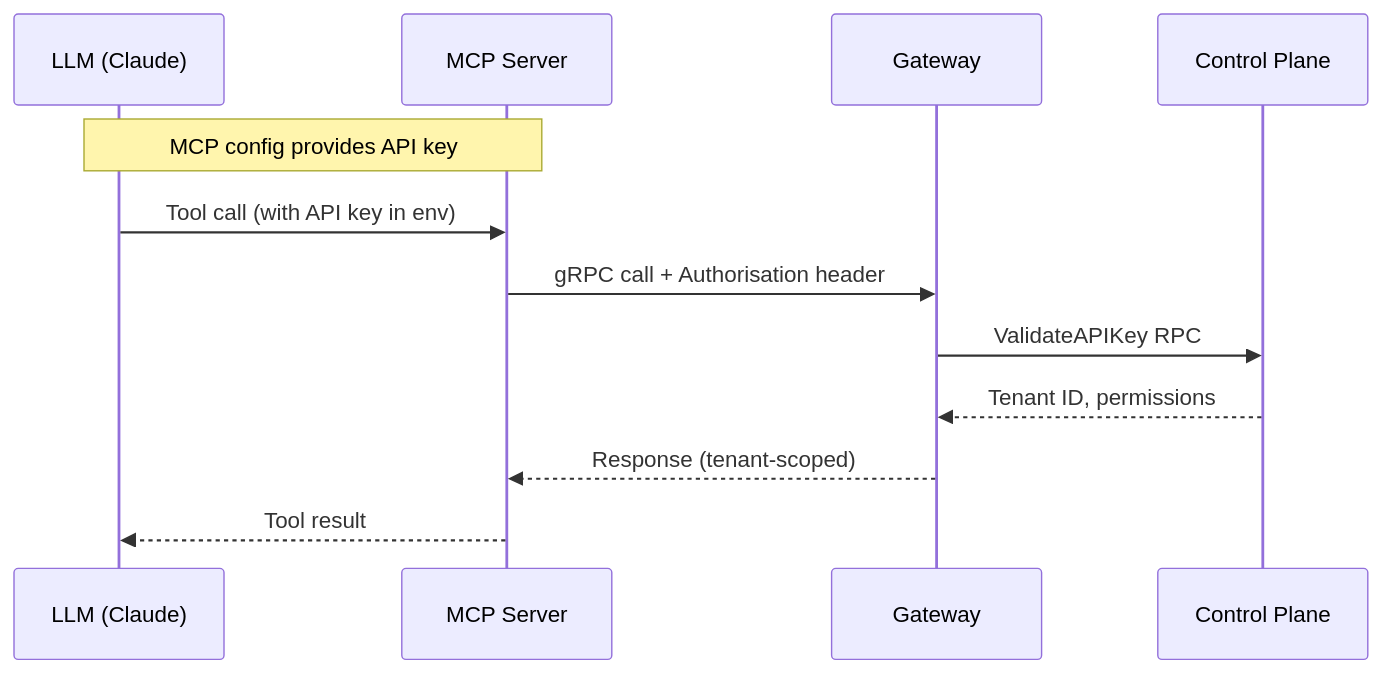
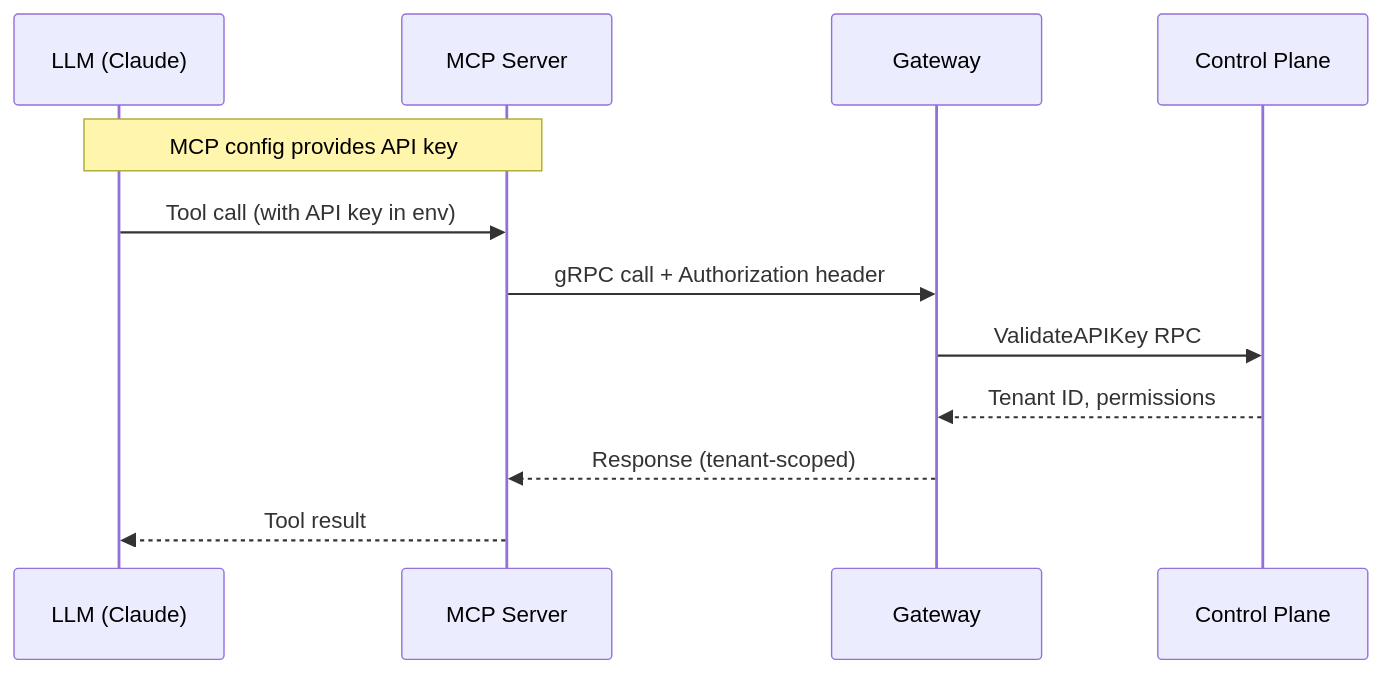
The third of 6 diagrams in docs/prd/027-mcp-server.md (meridianhub/meridian), drawn with Mermaid before and after one commit. The commit also changed 19 other files, not shown here.

````diff
--- a/docs/prd/027-mcp-server.md
+++ b/docs/prd/027-mcp-server.md
@@ -1034,15 +1034,15 @@
 ```mermaid
 sequenceDiagram
     participant LLM as LLM (Claude)
     participant MCP as MCP Server
     participant GW as Gateway
     participant CP as Control Plane
 
     Note over LLM,MCP: MCP config provides API key
     LLM->>MCP: Tool call (with API key in env)
-    MCP->>GW: gRPC call + Authorisation header
+    MCP->>GW: gRPC call + Authorization header
     GW->>CP: ValidateAPIKey RPC
     CP-->>GW: Tenant ID, permissions
     GW-->>MCP: Response (tenant-scoped)
     MCP-->>LLM: Tool result
 ```
````
